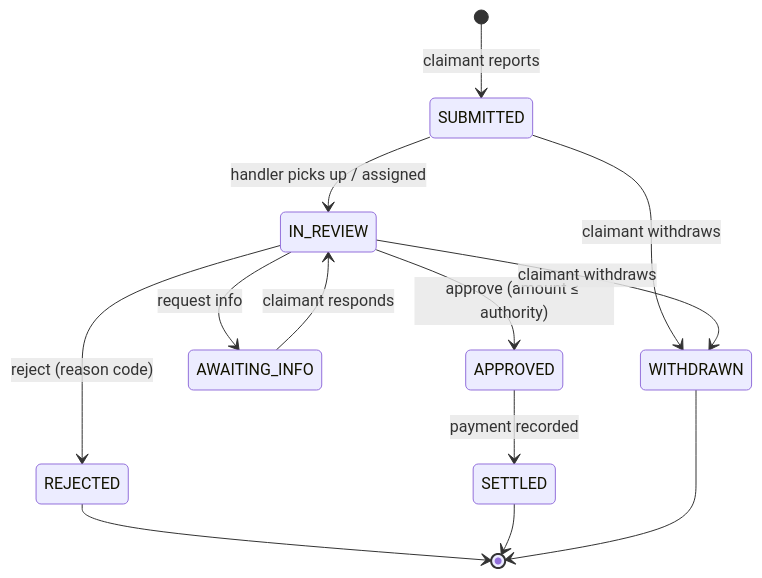
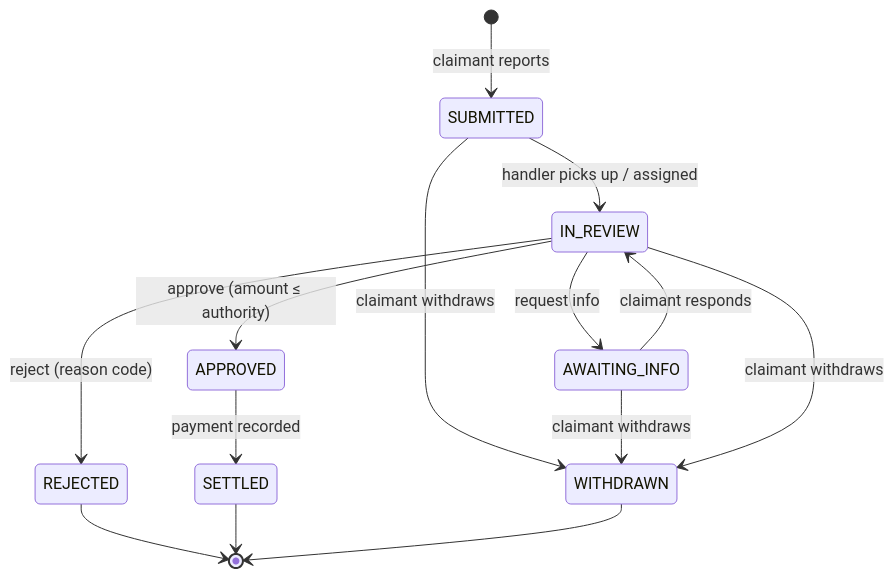
Before and after one commit to effendi-stack/claims-platform-trial: the second of 3 diagrams in docs/architecture.md, drawn with Mermaid. The commit also changed other lines of this file and 1 other file, not shown here.

````diff
--- a/docs/architecture.md
+++ b/docs/architecture.md
@@ -111,15 +113,16 @@
 ```mermaid
 stateDiagram-v2
     [*] --> SUBMITTED : claimant reports
     SUBMITTED --> IN_REVIEW : handler picks up / assigned
     SUBMITTED --> WITHDRAWN : claimant withdraws
     IN_REVIEW --> AWAITING_INFO : request info
     AWAITING_INFO --> IN_REVIEW : claimant responds
+    AWAITING_INFO --> WITHDRAWN : claimant withdraws
     IN_REVIEW --> APPROVED : approve (amount ≤ authority)
     IN_REVIEW --> REJECTED : reject (reason code)
     IN_REVIEW --> WITHDRAWN : claimant withdraws
     APPROVED --> SETTLED : payment recorded
     REJECTED --> [*]
     SETTLED --> [*]
     WITHDRAWN --> [*]
 ```
````
